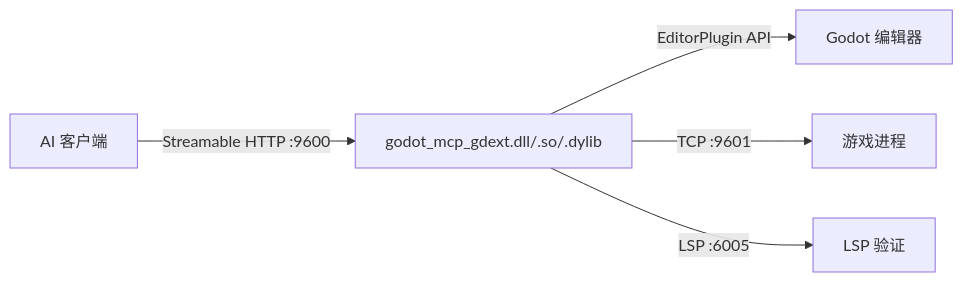
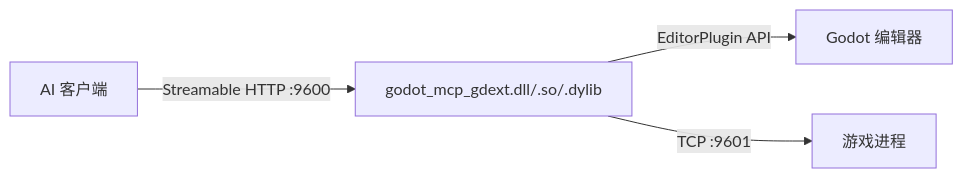
Before and after one commit to jesspig/GodotMCP-GDExtension: the diagram in docs/zh/guide/getting-started.md, drawn with Mermaid. The commit also changed other lines of this file and 17 other files, not shown here.

````diff
--- a/docs/zh/guide/getting-started.md
+++ b/docs/zh/guide/getting-started.md
@@ -7,7 +7,7 @@
 ```mermaid
 graph LR
     AI[AI 客户端] -- Streamable HTTP :9600 --> GDExt[godot_mcp_gdext.dll/.so/.dylib]
     GDExt -- EditorPlugin API --> Godot[Godot 编辑器]
     GDExt -- TCP :9601 --> Game[游戏进程]
-    GDExt -- LSP :6005 --> LSPClient[LSP 验证]
+
 ```
````
